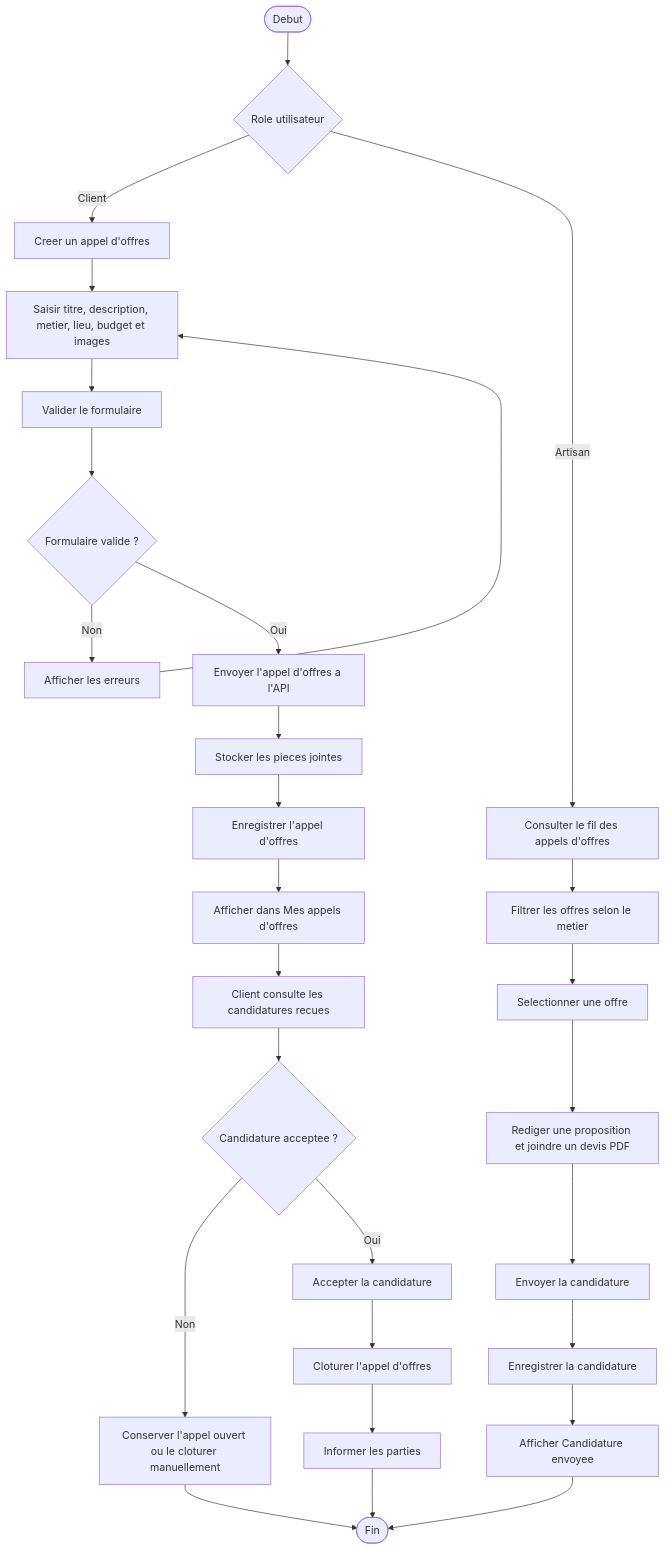
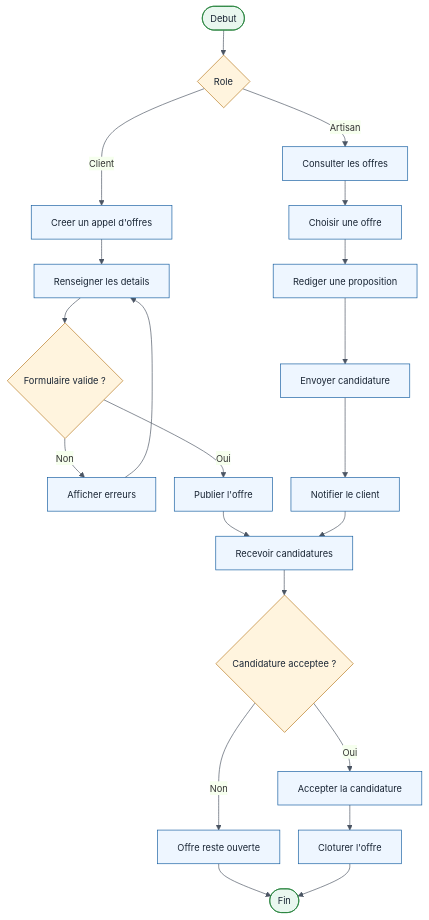
Before and after one commit to Exauce13/fya-front-end: the sixth of 12 diagrams in UML/diagrammes-activites.md, drawn with Mermaid. The commit also changed other lines of this file and 104 other files, not shown here.

````diff
--- a/UML/diagrammes-activites.md
+++ b/UML/diagrammes-activites.md
@@ -165,33 +205,35 @@
 ```mermaid
+%%{init: {"theme": "base", "themeVariables": {"fontFamily": "Arial", "fontSize": "14px", "primaryColor": "#EEF6FF", "primaryBorderColor": "#145DA0", "lineColor": "#4B5563", "textColor": "#182433"}, "flowchart": {"curve": "basis", "nodeSpacing": 28, "rankSpacing": 38}}}%%
 flowchart TD
-    A([Debut]) --> B{Role utilisateur}
+    A([Debut]) --> B{Role}
 
     B -- Client --> C[Creer un appel d'offres]
-    C --> D[Saisir titre, description, metier, lieu, budget et images]
-    D --> E[Valider le formulaire]
-    E --> F{Formulaire valide ?}
-    F -- Non --> G[Afficher les erreurs]
-    G --> D
-    F -- Oui --> H[Envoyer l'appel d'offres a l'API]
-    H --> I[Stocker les pieces jointes]
-    I --> J[Enregistrer l'appel d'offres]
-    J --> K[Afficher dans Mes appels d'offres]
+    C --> D[Renseigner les details]
+    D --> E{Formulaire valide ?}
+    E -- Non --> F[Afficher erreurs]
+    F --> D
+    E -- Oui --> G[Publier l'offre]
 
-    B -- Artisan --> L[Consulter le fil des appels d'offres]
-    L --> M[Filtrer les offres selon le metier]
-    M --> N[Selectionner une offre]
-    N --> O[Rediger une proposition et joindre un devis PDF]
-    O --> P[Envoyer la candidature]
-    P --> Q[Enregistrer la candidature]
-    Q --> R[Afficher Candidature envoyee]
+    B -- Artisan --> H[Consulter les offres]
+    H --> I[Choisir une offre]
+    I --> J[Rediger une proposition]
+    J --> K[Envoyer candidature]
 
-    K --> S[Client consulte les candidatures recues]
-    S --> T{Candidature acceptee ?}
-    T -- Non --> U[Conserver l'appel ouvert ou le cloturer manuellement]
-    T -- Oui --> V[Accepter la candidature]
-    V --> W[Cloturer l'appel d'offres]
-    W --> X[Informer les parties]
-    U --> Z([Fin])
-    R --> Z
-    X --> Z
+    G --> L[Recevoir candidatures]
+    K --> M[Notifier le client]
+    M --> L
+    L --> N{Candidature acceptee ?}
+
+    N -- Non --> O[Offre reste ouverte]
+    N -- Oui --> P[Accepter la candidature]
+    P --> Q[Cloturer l'offre]
+    O --> Z([Fin])
+    Q --> Z
+
+    classDef start fill:#E9F7EF,stroke:#1E7E34,color:#182433,font-size:14px
+    classDef action fill:#EEF6FF,stroke:#145DA0,color:#182433,font-size:14px
+    classDef decision fill:#FFF4DE,stroke:#B7791F,color:#182433,font-size:14px
+    class A,Z start
+    class C,D,F,G,H,I,J,K,L,M,O,P,Q action
+    class B,E,N decision
 ```
````
